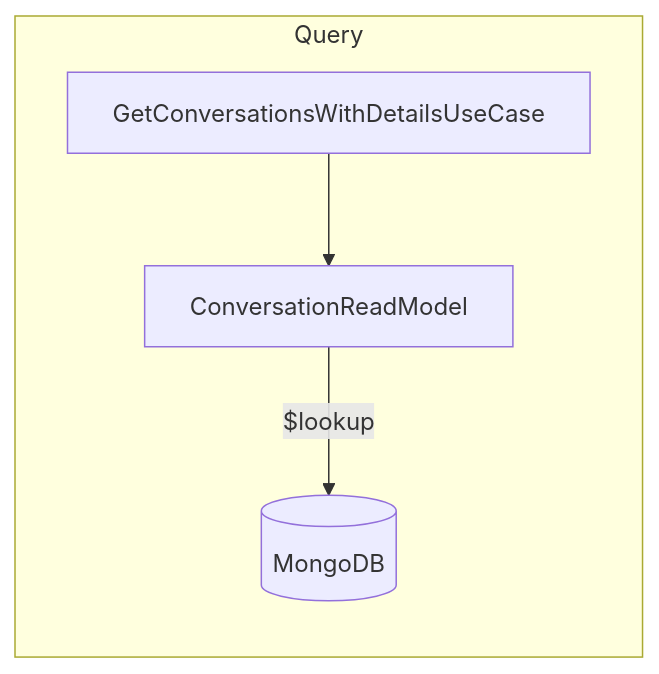
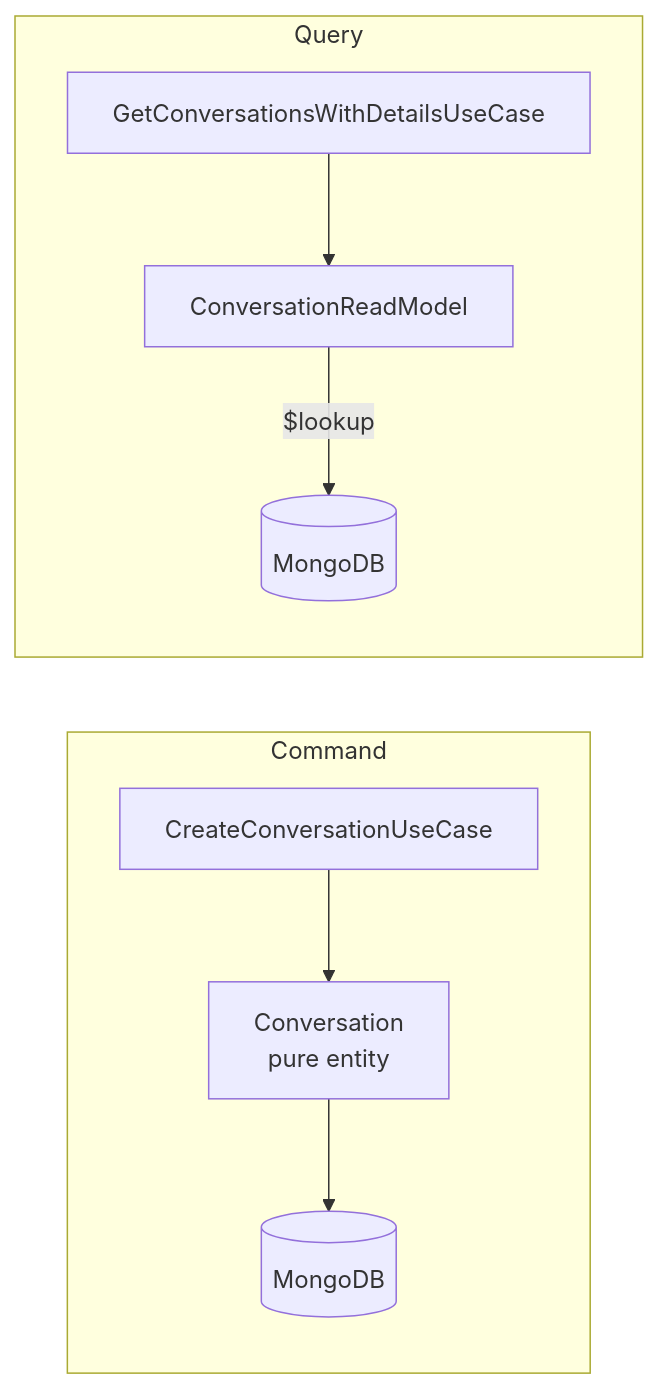
One commit to Lokhc/mobile-chatapp-showcase changed the third of 3 diagrams in README.md. Above: the diagram before and after it, drawn with Mermaid. The commit also changed other lines of this file, not shown here.

````diff
--- a/README.md
+++ b/README.md
@@ -93,7 +93,12 @@
 ```mermaid
-    flowchart LR
+flowchart LR
+    subgraph Command
+        C1[CreateConversationUseCase] --> C2[Conversation<br/>pure entity]
+        C2 --> C3[(MongoDB)]
+    end
+
     subgraph Query
         Q1[GetConversationsWithDetailsUseCase] --> Q2[ConversationReadModel]
         Q2 -->|$lookup| Q3[(MongoDB)]
     end
 ```
````
